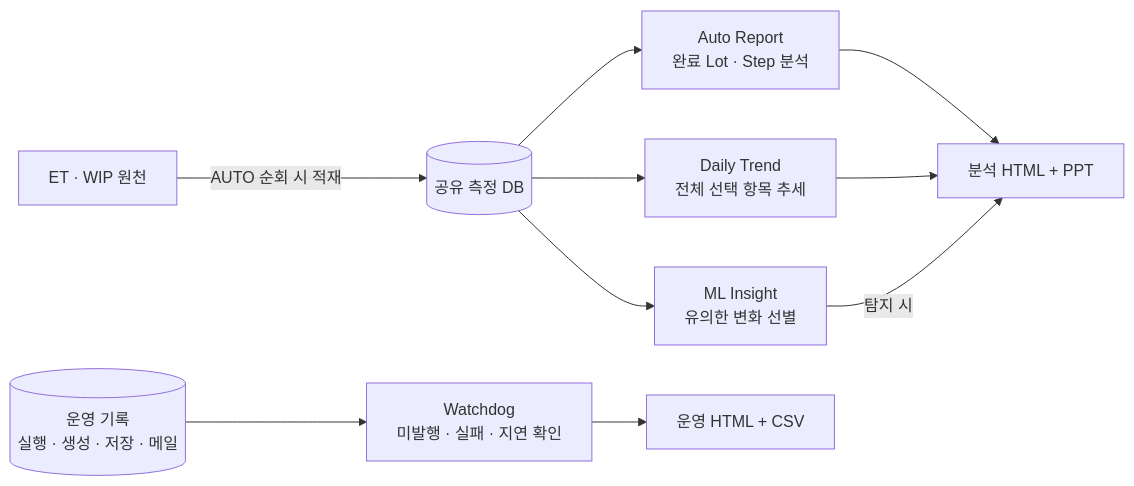
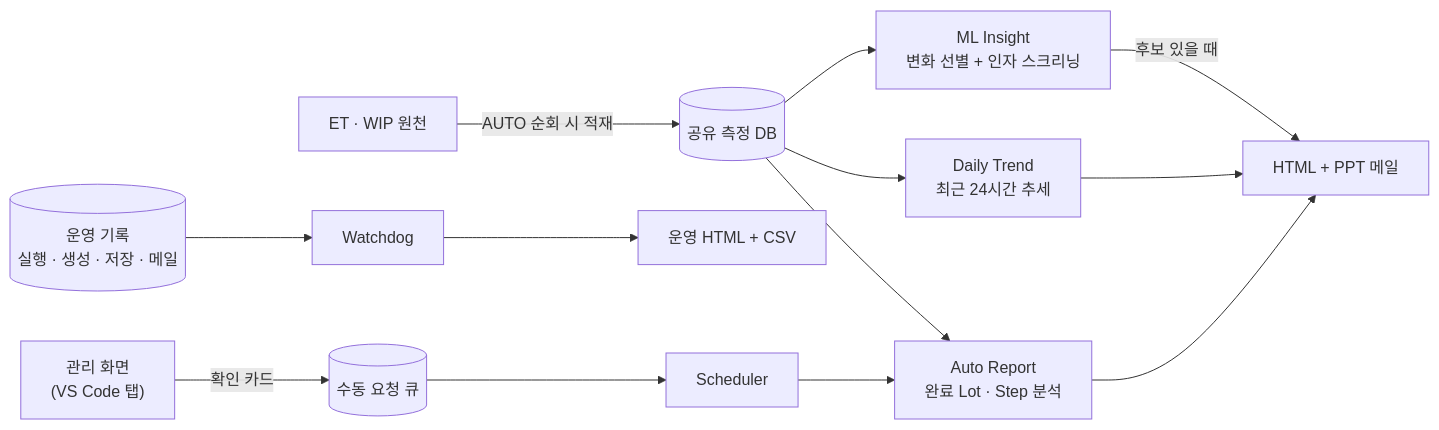
Before and after one commit to goood2280/Auto_report: the diagram in README.md, drawn with Mermaid. The commit also changed other lines of this file and 2 other files, not shown here.

````diff
--- a/README.md
+++ b/README.md
@@ -54,12 +38,15 @@
 ```mermaid
 flowchart LR
     ET["ET · WIP 원천"] -->|AUTO 순회 시 적재| DB[("공유 측정 DB")]
     DB --> A["Auto Report<br/>완료 Lot · Step 분석"]
-    DB --> D["Daily Trend<br/>전체 선택 항목 추세"]
-    DB --> M["ML Insight<br/>유의한 변화 선별"]
-    A --> R["분석 HTML + PPT"]
+    DB --> D["Daily Trend<br/>최근 24시간 추세"]
+    DB --> M["ML Insight<br/>변화 선별 + 인자 스크리닝"]
+    A --> R["HTML + PPT 메일"]
     D --> R
-    M -->|탐지 시| R
-    OPS[("운영 기록<br/>실행 · 생성 · 저장 · 메일")] --> W["Watchdog<br/>미발행 · 실패 · 지연 확인"]
+    M -->|후보 있을 때| R
+    OPS[("운영 기록<br/>실행 · 생성 · 저장 · 메일")] --> W["Watchdog"]
     W --> O["운영 HTML + CSV"]
+    UI["관리 화면<br/>(VS Code 탭)"] -->|확인 카드| Q[("수동 요청 큐")]
+    Q --> S["Scheduler"]
+    S --> A
 ```
````
